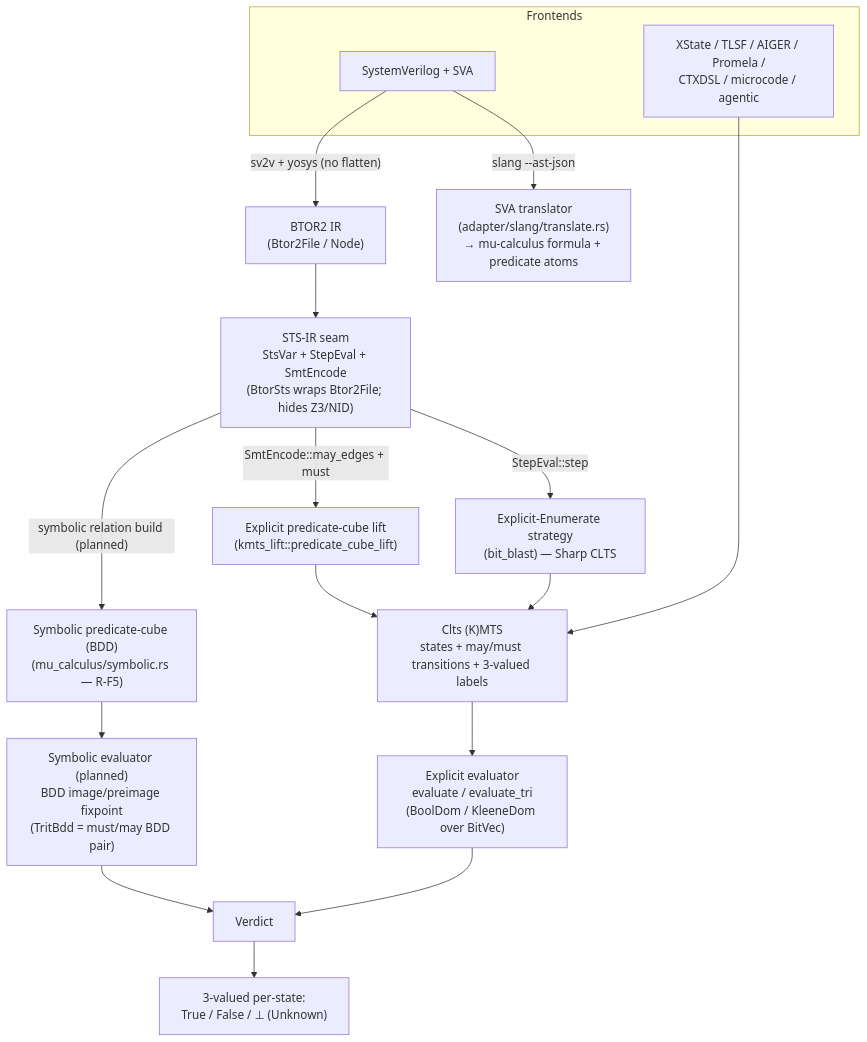
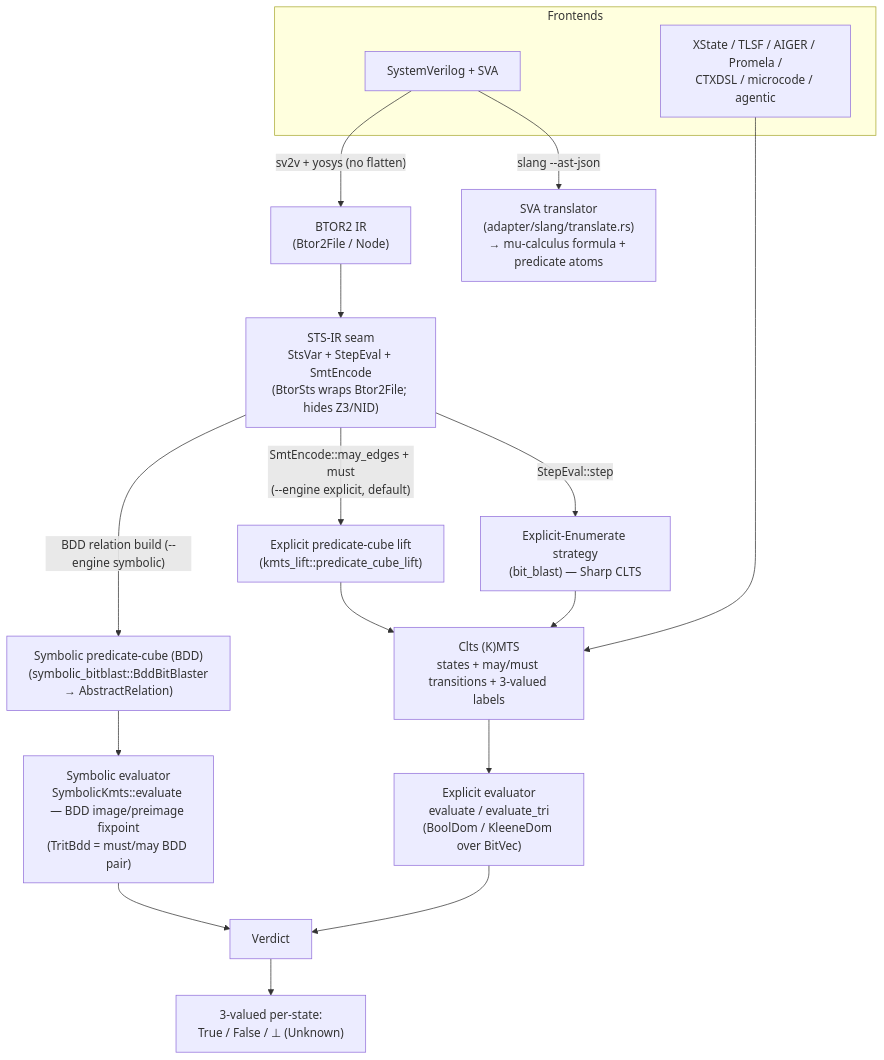
The second of 9 diagrams in docs/design/post-rf5-architecture.md (vscorza/mununu), drawn with Mermaid before and after one commit. The commit also changed other lines of this file and 2 other files, not shown here.

````diff
--- a/docs/design/post-rf5-architecture.md
+++ b/docs/design/post-rf5-architecture.md
@@ -58,29 +61,29 @@
 ```mermaid
 flowchart TD
   subgraph FE["Frontends"]
     SV["SystemVerilog + SVA"]
     OTH["XState / TLSF / AIGER / Promela /<br/>CTXDSL / microcode / agentic"]
   end
 
   SV -->|"slang --ast-json"| TR["SVA translator<br/>(adapter/slang/translate.rs)<br/>→ mu-calculus formula + predicate atoms"]
   SV -->|"sv2v + yosys (no flatten)"| B2["BTOR2 IR<br/>(Btor2File / Node)"]
 
   B2 --> STS["STS-IR seam<br/>StsVar + StepEval + SmtEncode<br/>(BtorSts wraps Btor2File; hides Z3/NID)"]
 
   STS -->|"StepEval::step"| ENUM["Explicit-Enumerate strategy<br/>(bit_blast) — Sharp CLTS"]
-  STS -->|"SmtEncode::may_edges + must"| CUBE["Explicit predicate-cube lift<br/>(kmts_lift::predicate_cube_lift)"]
-  STS -->|"symbolic relation build (planned)"| SYM["Symbolic predicate-cube (BDD)<br/>(mu_calculus/symbolic.rs — R-F5)"]
+  STS -->|"SmtEncode::may_edges + must<br/>(--engine explicit, default)"| CUBE["Explicit predicate-cube lift<br/>(kmts_lift::predicate_cube_lift)"]
+  STS -->|"BDD relation build (--engine symbolic)"| SYM["Symbolic predicate-cube (BDD)<br/>(symbolic_bitblast::BddBitBlaster<br/>→ AbstractRelation)"]
 
   ENUM --> CLTS["Clts (K)MTS<br/>states + may/must transitions + 3-valued labels"]
   CUBE --> CLTS
 
   CLTS --> EVX["Explicit evaluator<br/>evaluate / evaluate_tri<br/>(BoolDom / KleeneDom over BitVec)"]
-  SYM --> EVS["Symbolic evaluator (planned)<br/>BDD image/preimage fixpoint<br/>(TritBdd = must/may BDD pair)"]
+  SYM --> EVS["Symbolic evaluator<br/>SymbolicKmts::evaluate — BDD image/preimage fixpoint<br/>(TritBdd = must/may BDD pair)"]
 
   OTH --> CLTS
 
   EVX --> V["Verdict"]
   EVS --> V
 
   V --> VA["3-valued per-state:<br/>True / False / ⊥ (Unknown)"]
 ```
````
